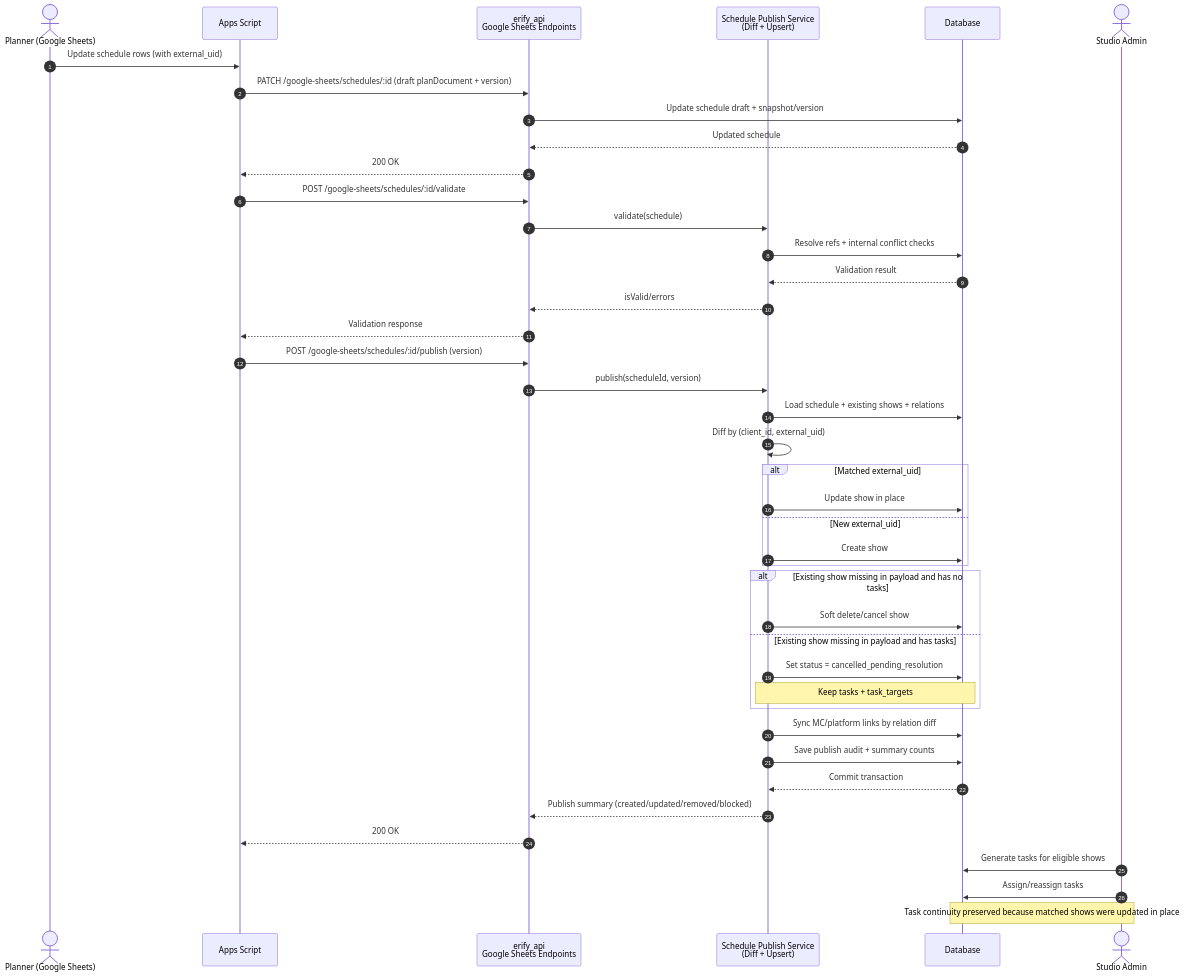
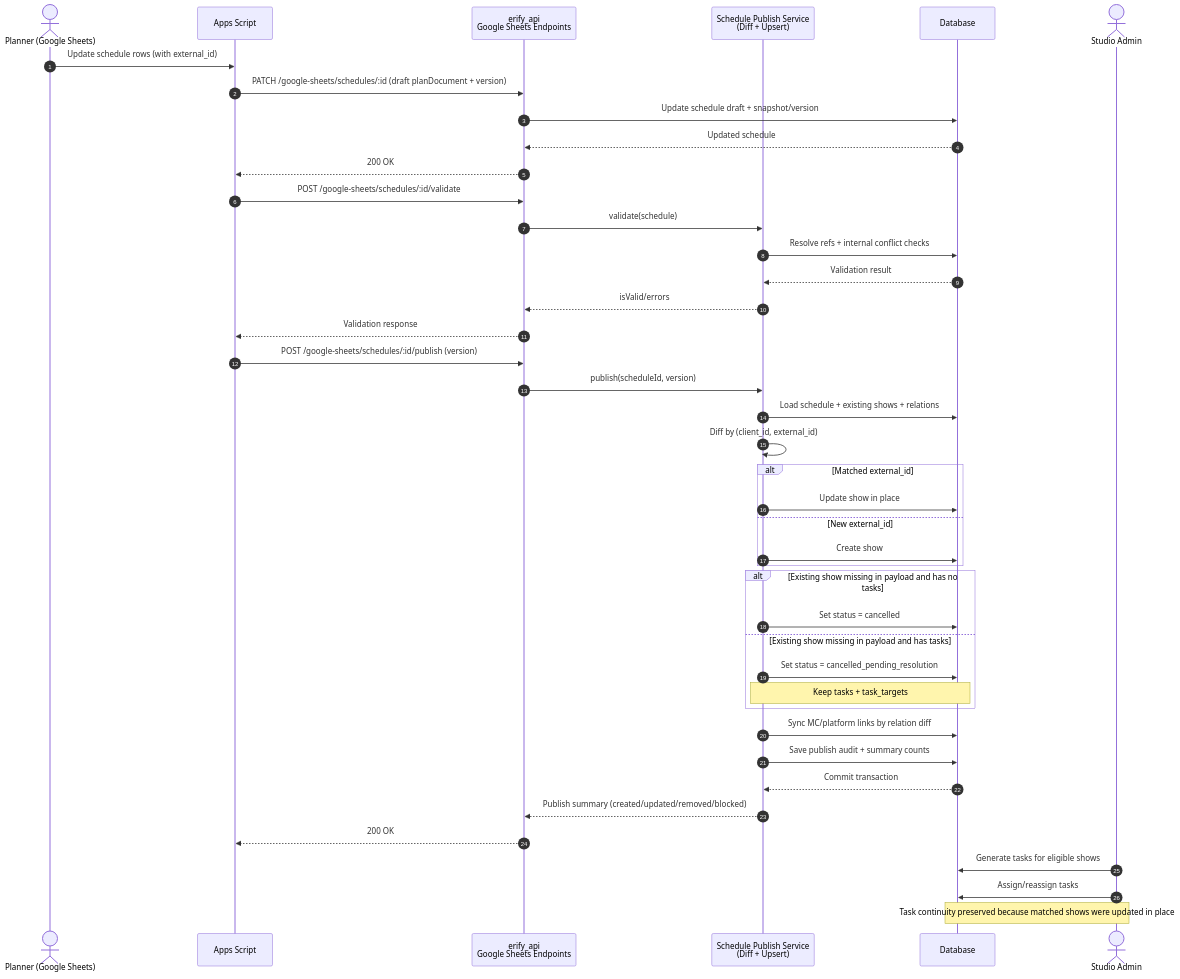
One commit to allenlin90/eridu-services changed the first of 2 diagrams in apps/erify_api/docs/PRD_SCHEDULE_PLANNING_TASK_CONTINUITY.md. Above: the diagram before and after it, drawn with Mermaid. The commit also changed other lines of this file and 57 other files, not shown here.

````diff
--- a/apps/erify_api/docs/PRD_SCHEDULE_PLANNING_TASK_CONTINUITY.md
+++ b/apps/erify_api/docs/PRD_SCHEDULE_PLANNING_TASK_CONTINUITY.md
@@ -643,51 +644,51 @@
 ```mermaid
 sequenceDiagram
     autonumber
     actor Planner as Planner (Google Sheets)
     participant GAS as Apps Script
     participant GSAPI as erify_api<br/>Google Sheets Endpoints
     participant SVC as Schedule Publish Service<br/>(Diff + Upsert)
     participant DB as Database
     actor Admin as Studio Admin
 
-    Planner->>GAS: Update schedule rows (with external_uid)
+    Planner->>GAS: Update schedule rows (with external_id)
     GAS->>GSAPI: PATCH /google-sheets/schedules/:id (draft planDocument + version)
     GSAPI->>DB: Update schedule draft + snapshot/version
     DB-->>GSAPI: Updated schedule
     GSAPI-->>GAS: 200 OK
 
     GAS->>GSAPI: POST /google-sheets/schedules/:id/validate
     GSAPI->>SVC: validate(schedule)
     SVC->>DB: Resolve refs + internal conflict checks
     DB-->>SVC: Validation result
     SVC-->>GSAPI: isValid/errors
     GSAPI-->>GAS: Validation response
 
     GAS->>GSAPI: POST /google-sheets/schedules/:id/publish (version)
     GSAPI->>SVC: publish(scheduleId, version)
     SVC->>DB: Load schedule + existing shows + relations
-    SVC->>SVC: Diff by (client_id, external_uid)
+    SVC->>SVC: Diff by (client_id, external_id)
 
-    alt Matched external_uid
+    alt Matched external_id
         SVC->>DB: Update show in place
-    else New external_uid
+    else New external_id
         SVC->>DB: Create show
     end
 
     alt Existing show missing in payload and has no tasks
-        SVC->>DB: Soft delete/cancel show
+        SVC->>DB: Set status = cancelled
     else Existing show missing in payload and has tasks
         SVC->>DB: Set status = cancelled_pending_resolution
         Note over SVC,DB: Keep tasks + task_targets
     end
 
     SVC->>DB: Sync MC/platform links by relation diff
     SVC->>DB: Save publish audit + summary counts
     DB-->>SVC: Commit transaction
     SVC-->>GSAPI: Publish summary (created/updated/removed/blocked)
     GSAPI-->>GAS: 200 OK
 
     Admin->>DB: Generate tasks for eligible shows
     Admin->>DB: Assign/reassign tasks
     Note over Admin,DB: Task continuity preserved because matched shows were updated in place
 ```
````
